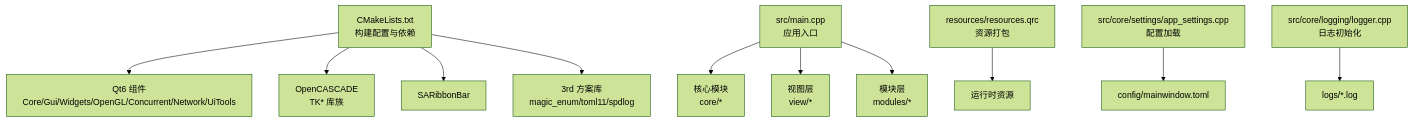
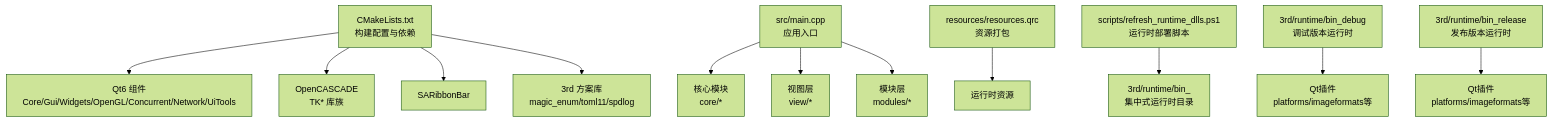
The first of 7 diagrams in .qoder/repowiki/zh/content/部署运维/部署运维.md (super1wang/LaserCNCv1.0), drawn with Mermaid (forest theme) before and after one commit. The commit also changed other lines of this file and 23 other files, not shown here.

````diff
--- a/.qoder/repowiki/zh/content/部署运维/部署运维.md
+++ b/.qoder/repowiki/zh/content/部署运维/部署运维.md
@@ -34,13 +44,14 @@
 ```mermaid
 graph TB
 A["CMakeLists.txt<br/>构建配置与依赖"] --> B["Qt6 组件<br/>Core/Gui/Widgets/OpenGL/Concurrent/Network/UiTools"]
 A --> C["OpenCASCADE<br/>TK* 库族"]
 A --> D["SARibbonBar"]
 A --> E["3rd 方案库<br/>magic_enum/toml11/spdlog"]
 F["src/main.cpp<br/>应用入口"] --> G["核心模块<br/>core/*"]
 F --> H["视图层<br/>view/*"]
 F --> I["模块层<br/>modules/*"]
 J["resources/resources.qrc<br/>资源打包"] --> K["运行时资源"]
-L["src/core/settings/app_settings.cpp<br/>配置加载"] --> M["config/mainwindow.toml"]
-N["src/core/logging/logger.cpp<br/>日志初始化"] --> O["logs/*.log"]
+L["scripts/refresh_runtime_dlls.ps1<br/>运行时部署脚本"] --> M["3rd/runtime/bin_<config><br/>集中式运行时目录"]
+N["3rd/runtime/bin_debug<br/>调试版本运行时"] --> O["Qt插件<br/>platforms/imageformats等"]
+P["3rd/runtime/bin_release<br/>发布版本运行时"] --> Q["Qt插件<br/>platforms/imageformats等"]
 ```
````
